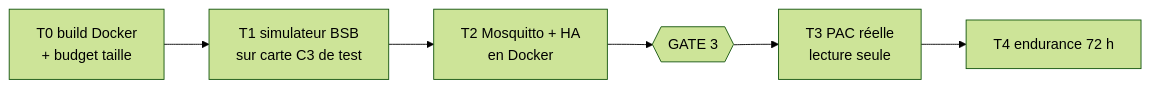
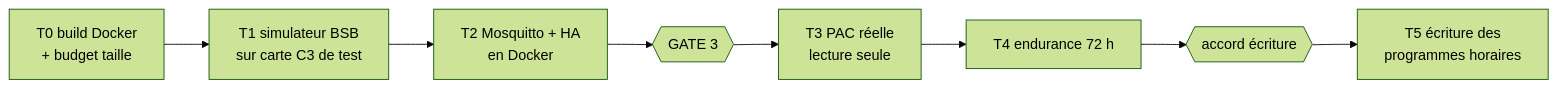
The diagram in docs/claude/08_plan_migration.md (adn05/BSB-LAN), drawn with Mermaid (forest theme) before and after one commit. The commit also changed other lines of this file and 1 other file, not shown here.

First line of the commit message:
docs(claude): amendements GATE 2 (liste réduite, programmes horaires, broker)

````diff
--- a/docs/claude/08_plan_migration.md
+++ b/docs/claude/08_plan_migration.md
@@ -125,8 +151,10 @@
 ```mermaid
 flowchart LR
   T0[T0 build Docker<br/>+ budget taille] --> T1[T1 simulateur BSB<br/>sur carte C3 de test]
   T1 --> T2[T2 Mosquitto + HA<br/>en Docker]
   T2 --> G3{{GATE 3}}
   G3 --> T3[T3 PAC réelle<br/>lecture seule]
   T3 --> T4[T4 endurance 72 h]
+  T4 --> GW{{accord écriture}}
+  GW --> T5[T5 écriture des<br/>programmes horaires]
 ```
````
